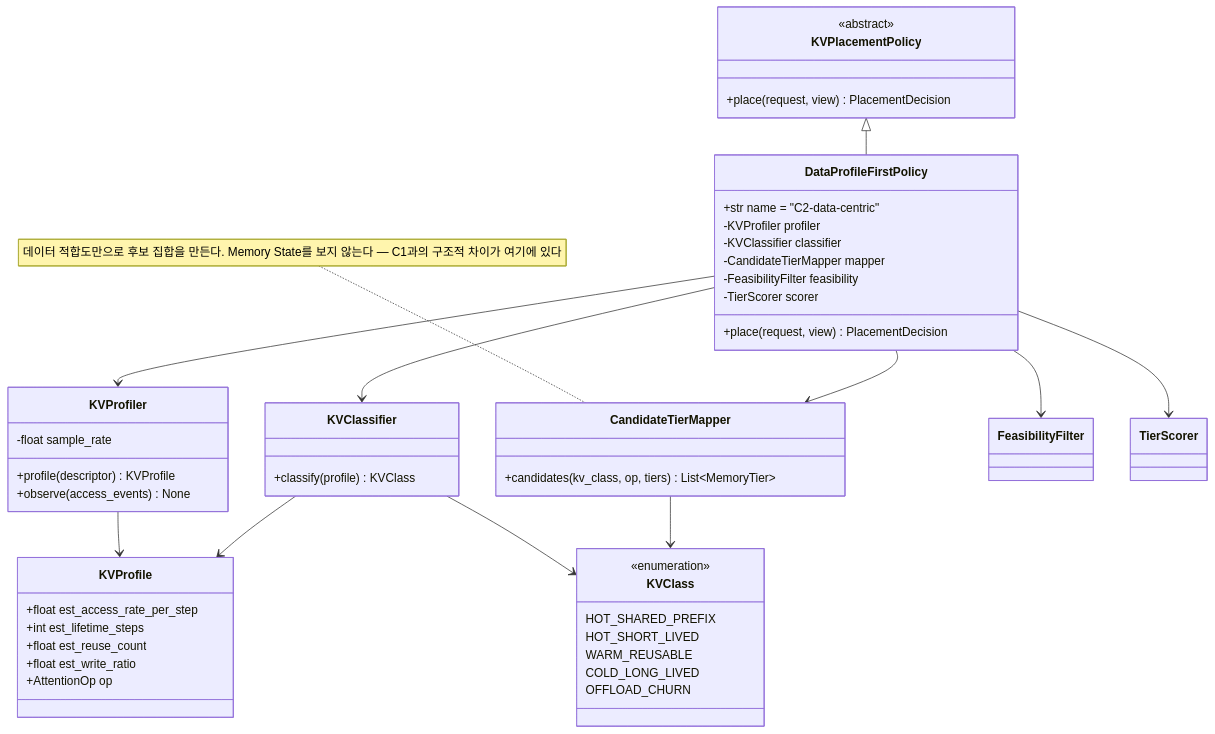
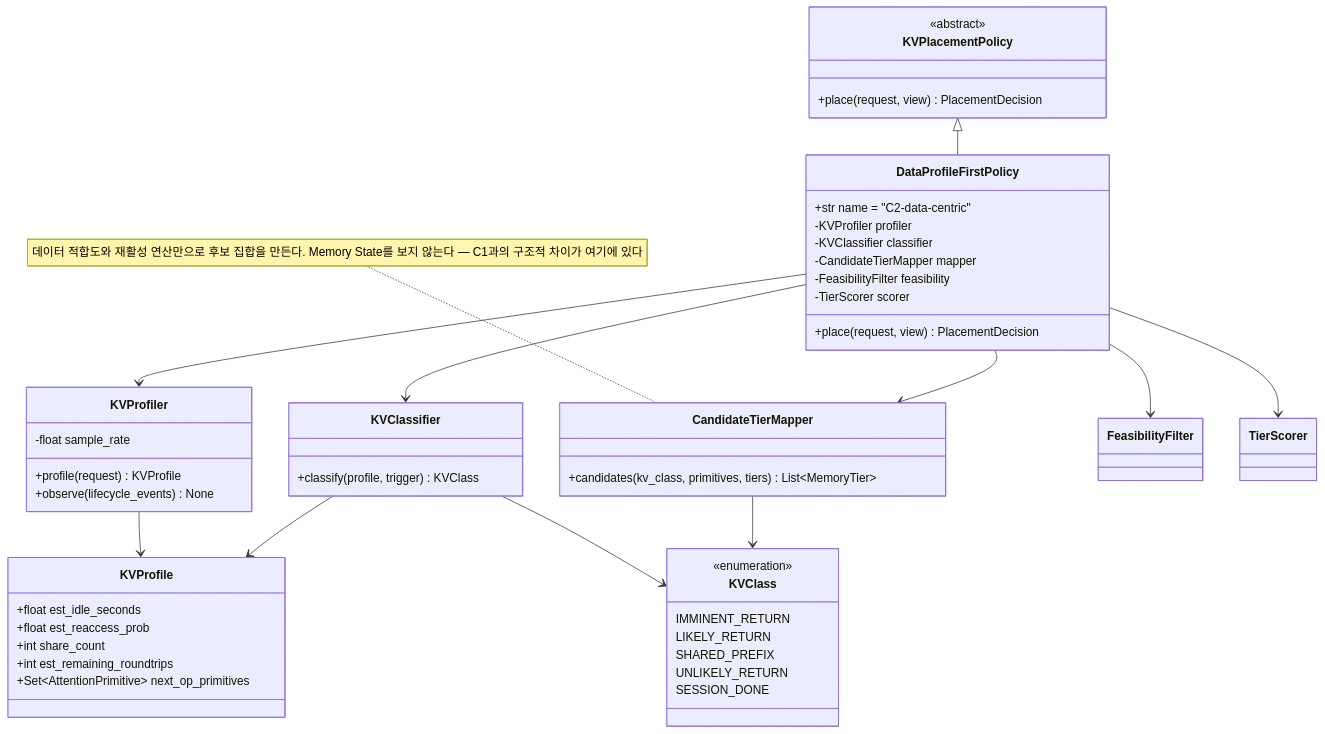
Before and after one commit to mkim0628/vllm: the fourth of 8 diagrams in doc-architect/dp1-implementation-uml.md, drawn with Mermaid. The commit also changed other lines of this file and 2 other files, not shown here.

````diff
--- a/doc-architect/dp1-implementation-uml.md
+++ b/doc-architect/dp1-implementation-uml.md
@@ -228,61 +284,61 @@
 ```mermaid
 classDiagram
     class KVPlacementPolicy {
         <<abstract>>
         +place(request, view) PlacementDecision
     }
 
     class DataProfileFirstPolicy {
         +str name = "C2-data-centric"
         -KVProfiler profiler
         -KVClassifier classifier
         -CandidateTierMapper mapper
         -FeasibilityFilter feasibility
         -TierScorer scorer
         +place(request, view) PlacementDecision
     }
 
     class KVProfiler {
         -float sample_rate
-        +profile(descriptor) KVProfile
-        +observe(access_events) None
+        +profile(request) KVProfile
+        +observe(lifecycle_events) None
     }
 
     class KVProfile {
-        +float est_access_rate_per_step
-        +int est_lifetime_steps
-        +float est_reuse_count
-        +float est_write_ratio
-        +AttentionOp op
+        +float est_idle_seconds
+        +float est_reaccess_prob
+        +int share_count
+        +int est_remaining_roundtrips
+        +Set~AttentionPrimitive~ next_op_primitives
     }
 
     class KVClass {
         <<enumeration>>
-        HOT_SHARED_PREFIX
-        HOT_SHORT_LIVED
-        WARM_REUSABLE
-        COLD_LONG_LIVED
-        OFFLOAD_CHURN
+        IMMINENT_RETURN
+        LIKELY_RETURN
+        SHARED_PREFIX
+        UNLIKELY_RETURN
+        SESSION_DONE
     }
 
     class KVClassifier {
-        +classify(profile) KVClass
+        +classify(profile, trigger) KVClass
     }
 
     class CandidateTierMapper {
-        +candidates(kv_class, op, tiers) List~MemoryTier~
+        +candidates(kv_class, primitives, tiers) List~MemoryTier~
     }
 
     KVPlacementPolicy <|-- DataProfileFirstPolicy
     DataProfileFirstPolicy --> KVProfiler
     DataProfileFirstPolicy --> KVClassifier
     DataProfileFirstPolicy --> CandidateTierMapper
     DataProfileFirstPolicy --> FeasibilityFilter
     DataProfileFirstPolicy --> TierScorer
     KVProfiler --> KVProfile
     KVClassifier --> KVProfile
     KVClassifier --> KVClass
     CandidateTierMapper --> KVClass
 
-    note for CandidateTierMapper "데이터 적합도만으로 후보 집합을 만든다. Memory State를 보지 않는다 — C1과의 구조적 차이가 여기에 있다"
+    note for CandidateTierMapper "데이터 적합도와 재활성 연산만으로 후보 집합을 만든다. Memory State를 보지 않는다 — C1과의 구조적 차이가 여기에 있다"
 ```
````
